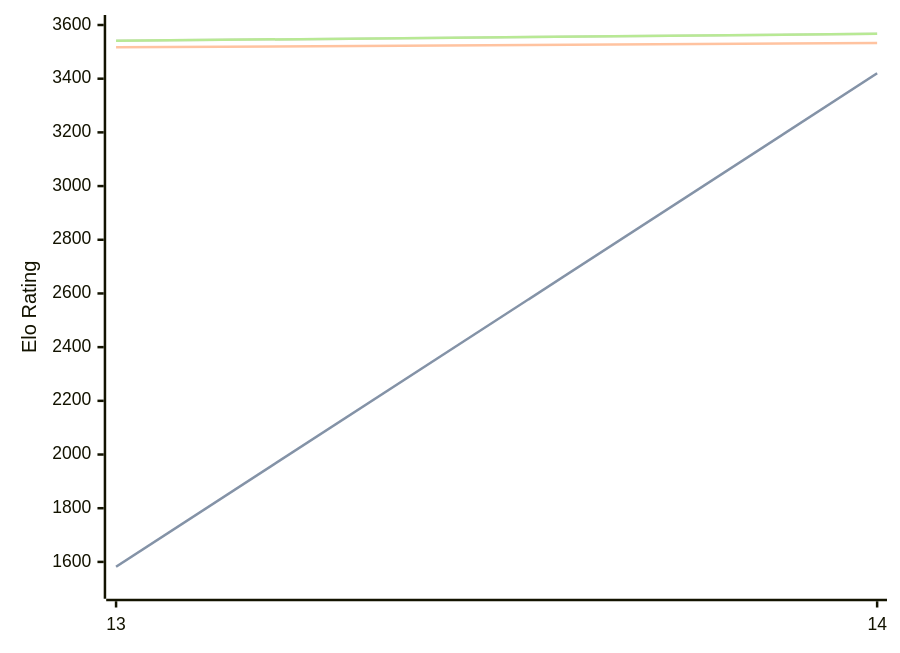
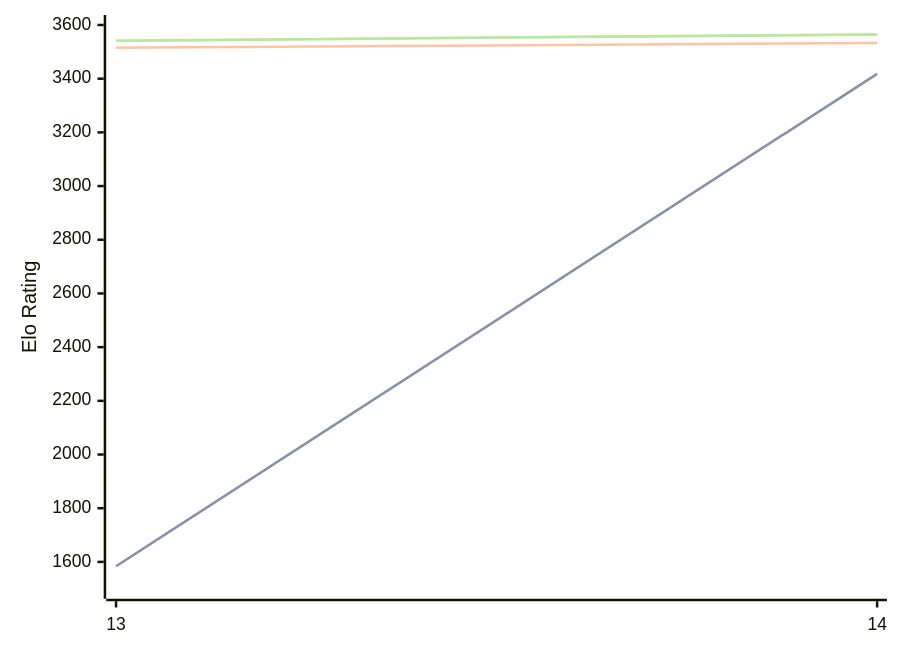
One commit to computer-chess-index/cci changed the diagram in engines/Berserk.md. Above: the diagram before and after it, drawn with Mermaid. The commit also changed other lines of this file, not shown here.

Commit message:
Update CCI Ratings (ELO VLTC) - 2026-08-11

````diff
--- a/engines/Berserk.md
+++ b/engines/Berserk.md
@@ -33,11 +33,11 @@
 ```mermaid
 %%{init: {"theme":"base","themeVariables":{"seriesColors:['#a3a3a3','#222221','#faa371']}}}%%
 xychart-beta
   x-axis ["13", "14"]
   y-axis "Elo Rating" 1500 --> 3600
-  line "STC (8.0+0.08s)" [1582, 3420]
-  line "STC (8.0+0.08s)" [1582, 3420]
-  line "LTC (60.0+0.60s)" [3517, 3533]
-  line "VLTC (2m24s+1.12s)" [3541, 3567]
-  line "VLTC (2m24s+1.12s)" [3541, 3567]
+  line "STC (8.0+0.08s)" [1584, 3418]
+  line "STC (8.0+0.08s)" [1584, 3418]
+  line "LTC (60.0+0.60s)" [3515, 3533]
+  line "VLTC (2m24s+1.12s)" [3541, 3565]
+  line "VLTC (2m24s+1.12s)" [3541, 3565]
 ```
````
